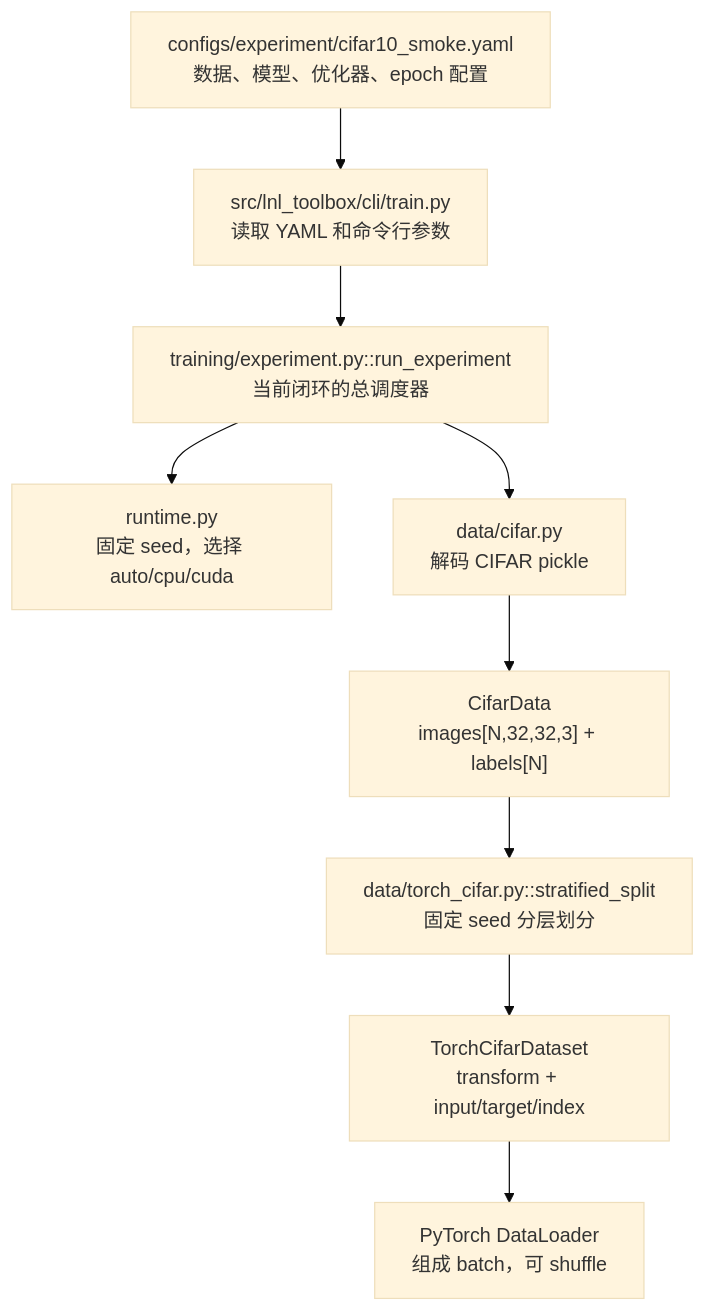
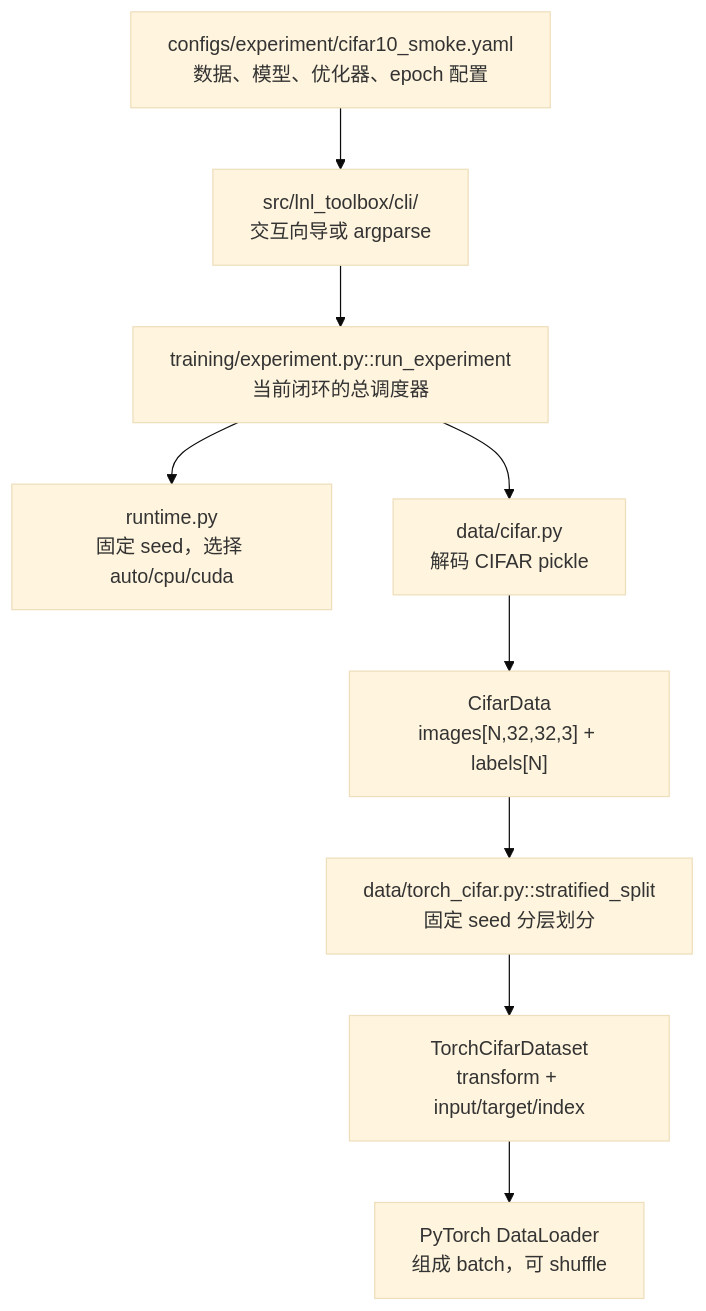
Before and after one commit to seanlee-lile/LNL-toolbox: the first of 7 diagrams in docs/data-flow-guide.md, drawn with Mermaid (base theme). The commit also changed other lines of this file and 40 other files, not shown here.

````diff
--- a/docs/data-flow-guide.md
+++ b/docs/data-flow-guide.md
@@ -40,16 +40,16 @@
 ```mermaid
 flowchart TD
     A["configs/experiment/cifar10_smoke.yaml<br/>数据、模型、优化器、epoch 配置"]
-    B["src/lnl_toolbox/cli/train.py<br/>读取 YAML 和命令行参数"]
+    B["src/lnl_toolbox/cli/<br/>交互向导或 argparse"]
     C["training/experiment.py::run_experiment<br/>当前闭环的总调度器"]
     D["runtime.py<br/>固定 seed，选择 auto/cpu/cuda"]
     E["data/cifar.py<br/>解码 CIFAR pickle"]
     F["CifarData<br/>images[N,32,32,3] + labels[N]"]
     G["data/torch_cifar.py::stratified_split<br/>固定 seed 分层划分"]
     H["TorchCifarDataset<br/>transform + input/target/index"]
     I["PyTorch DataLoader<br/>组成 batch，可 shuffle"]
 
     A --> B --> C
     C --> D
     C --> E --> F --> G --> H --> I
 ```
````
